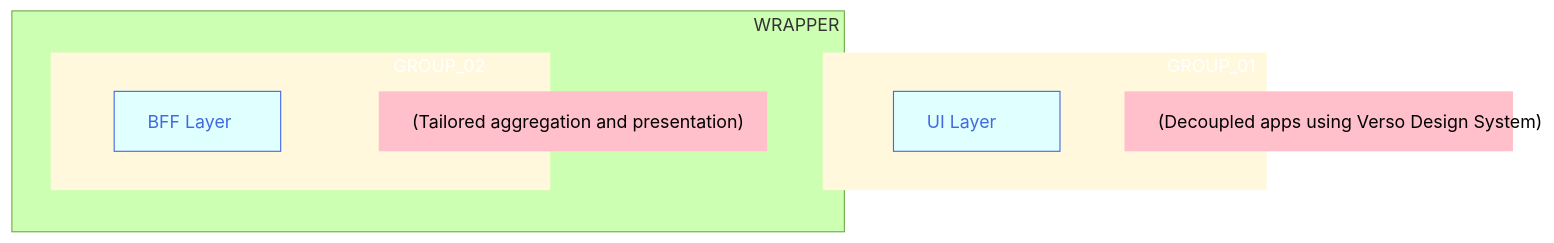
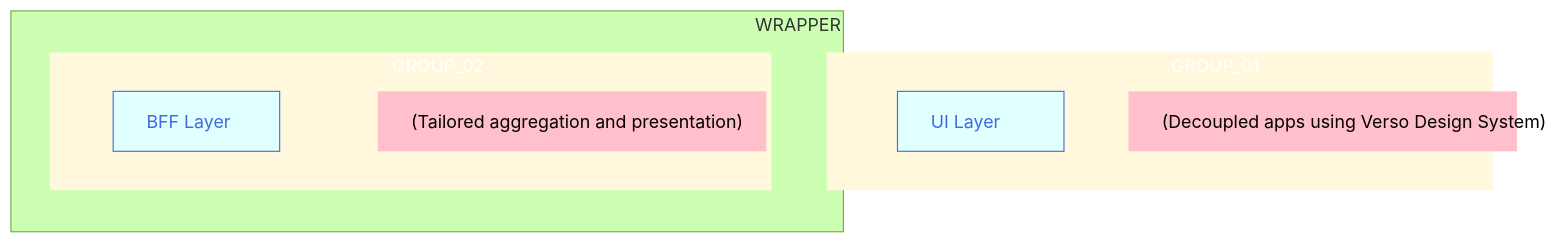
The diagram in buttons_mermaid_v5.md (joe-dorward/samples), drawn with Mermaid (forest theme) before and after one commit.

````diff
--- a/buttons_mermaid_v5.md
+++ b/buttons_mermaid_v5.md
@@ -3,47 +3,47 @@
 ```mermaid
   %%{
     init: {
       "flowchart": { "markdownAutoWrap":"false", "textWrap":"false", "textAlign":"left", "wrappingWidth": "100%" }
     }
   }%%
   flowchart TD
 
   classDef Button fill:lightcyan, stroke:royalblue, color:royalblue, width:150px
   classDef Note fill:pink, stroke-width:0px, width:350px, margin:0px
   %% ---------- ---------- ---------- ---------- ---------- ---------- ---------- ---------- ---------- ----------
 subgraph WRAPPER
   direction TD
 
   subgraph GROUP_01
     %%direction LR
 
     BUTTON_01_NOTE["(Decoupled apps using Verso Design System)"]:::Note
     BUTTON_01["UI Layer"]:::Button
     click BUTTON_01 "https://en.wikipedia.org/wiki/Main_Page" _blank
 
     BUTTON_01~~~
     BUTTON_01_NOTE
   end
   %% ---------- ---------- ---------- ---------- ---------- ---------- ---------- ---------- ---------- ----------
   subgraph GROUP_02
     %%direction LR
 
     BUTTON_02_NOTE["(Tailored aggregation and presentation)"]:::Note
     BUTTON_02["BFF Layer"]:::Button
     click BUTTON_02 "https://en.wikipedia.org/wiki/Main_Page" _blank
 
     BUTTON_02~~~
     BUTTON_02_NOTE
   end
 end
   %% ---------- ---------- ---------- ---------- ---------- ---------- ---------- ---------- ---------- ----------
 
 %%GROUP_01-.-GROUP_02
 
 %%BUTTON_01-->BUTTON_02
 
-  style GROUP_01 fill:cornsilk, color:white, stroke-width:0px, width:400px
-  style GROUP_02 fill:cornsilk, color:white, stroke-width:0px, width:450px
+  style GROUP_01 fill:cornsilk, color:white, stroke-width:0px, width:600px
+  style GROUP_02 fill:cornsilk, color:white, stroke-width:0px, width:650px
 
   style WRAPPER width:750px
 ```
````
